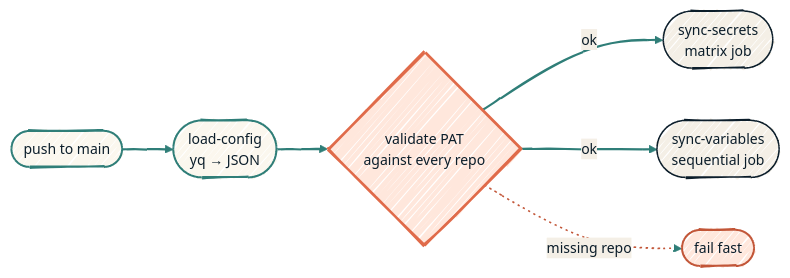
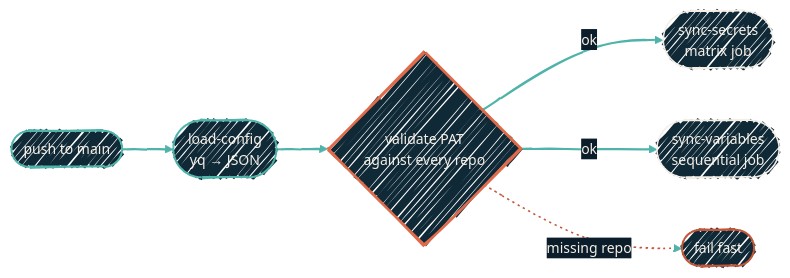
Before and after one commit to dryvist/docs: the diagram in security/secrets-sync.mdx, drawn with Mermaid. The commit also changed 11 other files, not shown here.

````diff
--- a/security/secrets-sync.mdx
+++ b/security/secrets-sync.mdx
@@ -16,28 +16,28 @@
 ```mermaid
-%%{init: {'theme':'base','look':'handDrawn','themeVariables':{'fontFamily':'Geist','fontSize':'14px','primaryColor':'#FBF7EE','primaryTextColor':'#0B1D2A','primaryBorderColor':'#2F7E78','lineColor':'#2F7E78','secondaryColor':'#F4EFE6','tertiaryColor':'#FFE7DC','clusterBkg':'rgba(47,126,120,0.06)','clusterBorder':'#2F7E78'}}}%%
+%%{init: {'theme':'base','look':'handDrawn','themeVariables':{'fontFamily':'Geist','fontSize':'14px','primaryColor':'#102937','primaryTextColor':'#F4EFE6','primaryBorderColor':'#4FB3A9','lineColor':'#4FB3A9','secondaryColor':'#0B1D2A','tertiaryColor':'#1A2A38','clusterBkg':'rgba(79,179,169,0.08)','clusterBorder':'#4FB3A9'}}}%%
 flowchart LR
   Push([push to main])
   Load([load-config<br/>yq → JSON])
   Gate{validate PAT<br/>against every repo}
   Sec([sync-secrets<br/>matrix job])
   Vars([sync-variables<br/>sequential job])
   Fail([fail fast])
 
   Push --> Load --> Gate
   Gate -->|ok| Sec
   Gate -->|ok| Vars
   Gate -->|missing repo| Fail
 
-  classDef trigger fill:#FBF7EE,stroke:#2F7E78,stroke-width:2px,color:#0B1D2A;
-  classDef gate    fill:#FFE7DC,stroke:#E06B4A,stroke-width:2.5px,color:#0B1D2A;
-  classDef job     fill:#F4EFE6,stroke:#0B1D2A,stroke-width:1.5px,color:#0B1D2A;
-  classDef abort   fill:#FFE7DC,stroke:#C25638,stroke-width:2px,color:#0B1D2A;
+  classDef trigger fill:#102937,stroke:#4FB3A9,stroke-width:2px,color:#F4EFE6;
+  classDef gate    fill:#102937,stroke:#E06B4A,stroke-width:2.5px,color:#F4EFE6;
+  classDef job     fill:#102937,stroke:#F4EFE6,stroke-width:1.5px,color:#F4EFE6;
+  classDef abort   fill:#102937,stroke:#C25638,stroke-width:2px,color:#F4EFE6;
 
   class Push,Load trigger
   class Gate gate
   class Sec,Vars job
   class Fail abort
 
-  linkStyle 0,1,2,3 stroke:#2F7E78,stroke-width:2px;
+  linkStyle 0,1,2,3 stroke:#4FB3A9,stroke-width:2px;
   linkStyle 4 stroke:#C25638,stroke-width:1.5px,stroke-dasharray:2 4;
 ```
````
